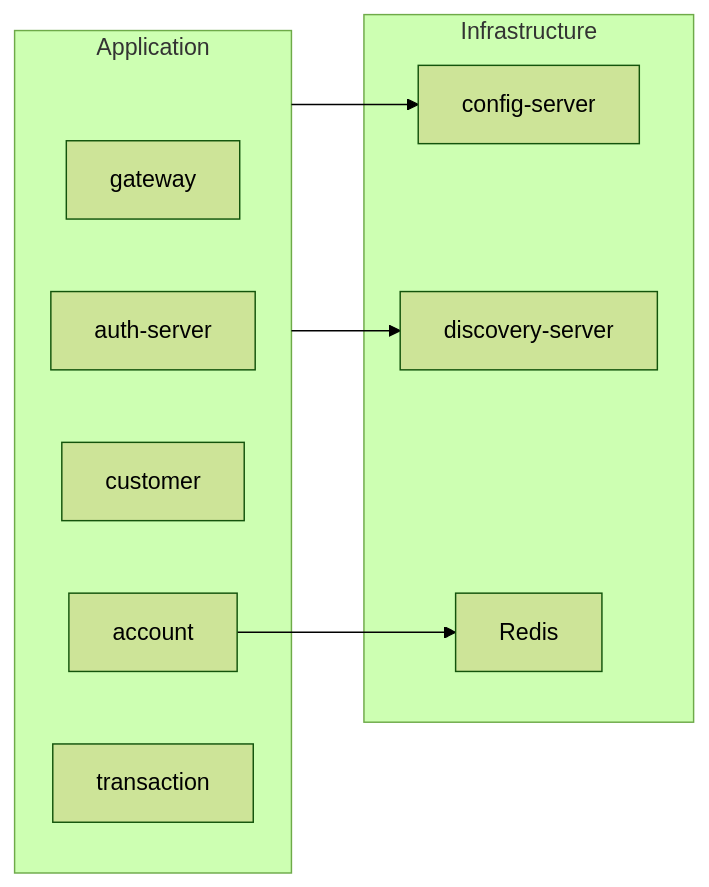
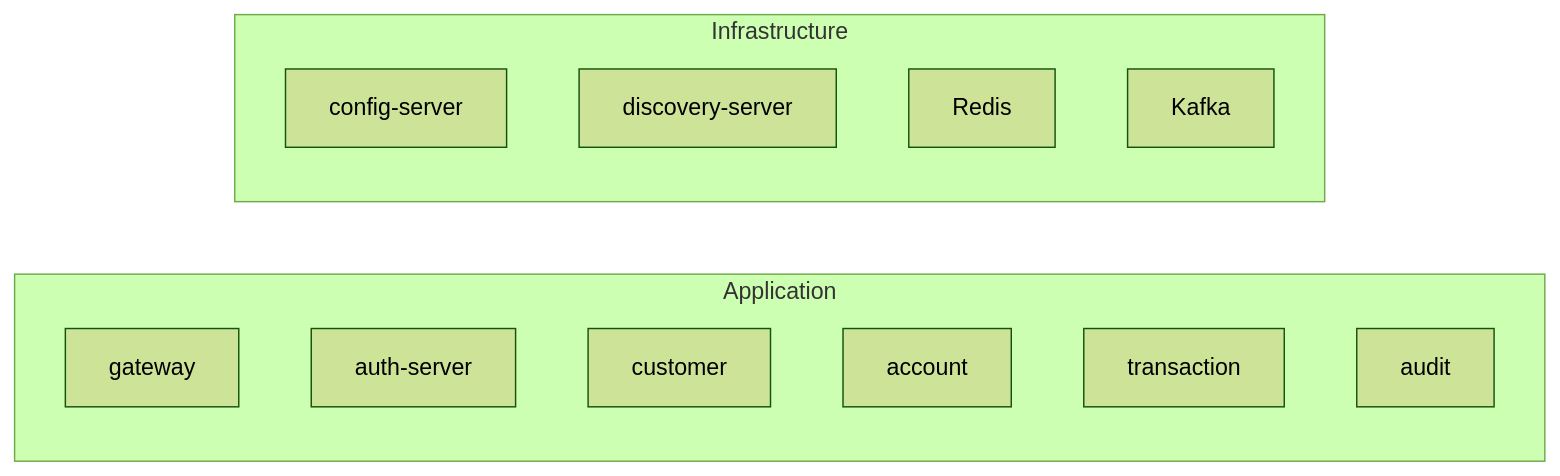
Before and after one commit to Lfav07/amerbank-micro: the third of 3 diagrams in README.md, drawn with Mermaid (forest theme). The commit also changed other lines of this file and 1 other file, not shown here.

Commit message:
docs: update README.md to include documentation for new audit-logging microservice

````diff
--- a/README.md
+++ b/README.md
@@ -140,20 +148,20 @@
 ```mermaid
 graph LR
   subgraph Application
     gateway
     auth-server
     customer
     account
     transaction
+    audit
   end
 
   subgraph Infrastructure
     config-server
     discovery-server
     Redis
+    Kafka
   end
-
-  Application --> config-server
-  Application --> discovery-server
-  account --> Redis
+  
+  
 ```
````
